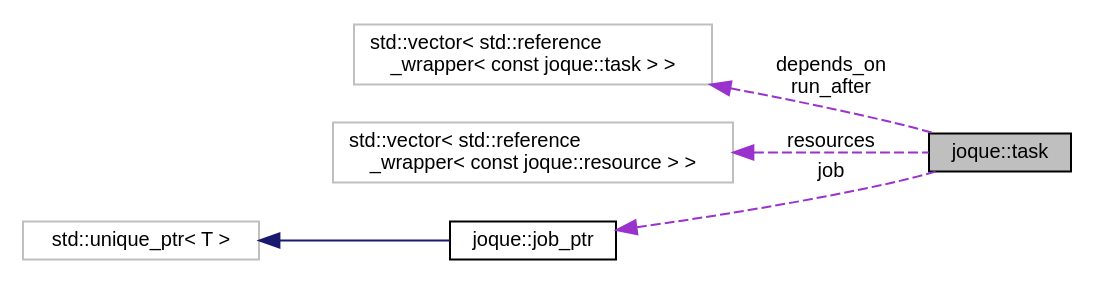
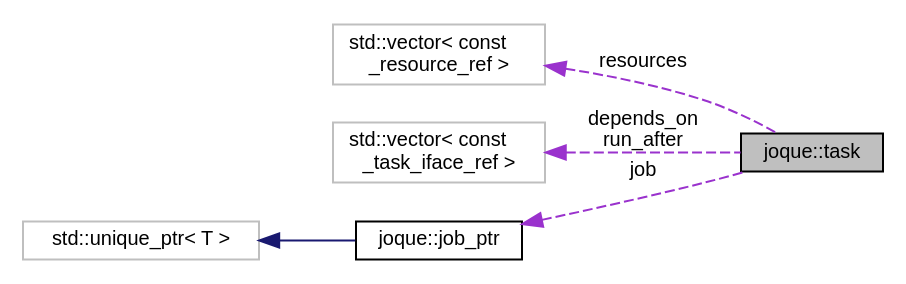
One commit to koniarik/joque changed the diagram in structjoque_1_1task__coll__graph.dot. Above: the diagram before and after it, drawn with Graphviz. The commit also changed 223 other files, not shown here.

```diff
--- a/structjoque_1_1task__coll__graph.dot
+++ b/structjoque_1_1task__coll__graph.dot
@@ -1,16 +1,16 @@
 digraph "joque::task"
 {
  // LATEX_PDF_SIZE
   edge [fontname="Helvetica",fontsize="10",labelfontname="Helvetica",labelfontsize="10"];
   node [fontname="Helvetica",fontsize="10",shape=record];
   rankdir="LR";
   Node1 [label="joque::task",height=0.2,width=0.4,color="black", fillcolor="grey75", style="filled", fontcolor="black",tooltip="Single task that should be executed by the system."];
-  Node2 -> Node1 [dir="back",color="darkorchid3",fontsize="10",style="dashed",label=" depends_on\nrun_after" ,fontname="Helvetica"];
-  Node2 [label="std::vector\< std::reference\l_wrapper\< const joque::task \> \>",height=0.2,width=0.4,color="grey75", fillcolor="white", style="filled",tooltip=" "];
-  Node3 -> Node1 [dir="back",color="darkorchid3",fontsize="10",style="dashed",label=" resources" ,fontname="Helvetica"];
-  Node3 [label="std::vector\< std::reference\l_wrapper\< const joque::resource \> \>",height=0.2,width=0.4,color="grey75", fillcolor="white", style="filled",tooltip=" "];
+  Node2 -> Node1 [dir="back",color="darkorchid3",fontsize="10",style="dashed",label=" resources" ,fontname="Helvetica"];
+  Node2 [label="std::vector\< const\l_resource_ref \>",height=0.2,width=0.4,color="grey75", fillcolor="white", style="filled",tooltip=" "];
+  Node3 -> Node1 [dir="back",color="darkorchid3",fontsize="10",style="dashed",label=" depends_on\nrun_after" ,fontname="Helvetica"];
+  Node3 [label="std::vector\< const\l_task_iface_ref \>",height=0.2,width=0.4,color="grey75", fillcolor="white", style="filled",tooltip=" "];
   Node4 -> Node1 [dir="back",color="darkorchid3",fontsize="10",style="dashed",label=" job" ,fontname="Helvetica"];
   Node4 [label="joque::job_ptr",height=0.2,width=0.4,color="black", fillcolor="white", style="filled",URL="$structjoque_1_1job__ptr.html",tooltip="Custom unique_ptr wrapper that simplifies syntax of tasks."];
   Node5 -> Node4 [dir="back",color="midnightblue",fontsize="10",style="solid",fontname="Helvetica"];
   Node5 [label="std::unique_ptr\< T \>",height=0.2,width=0.4,color="grey75", fillcolor="white", style="filled",tooltip=" "];
 }
```
